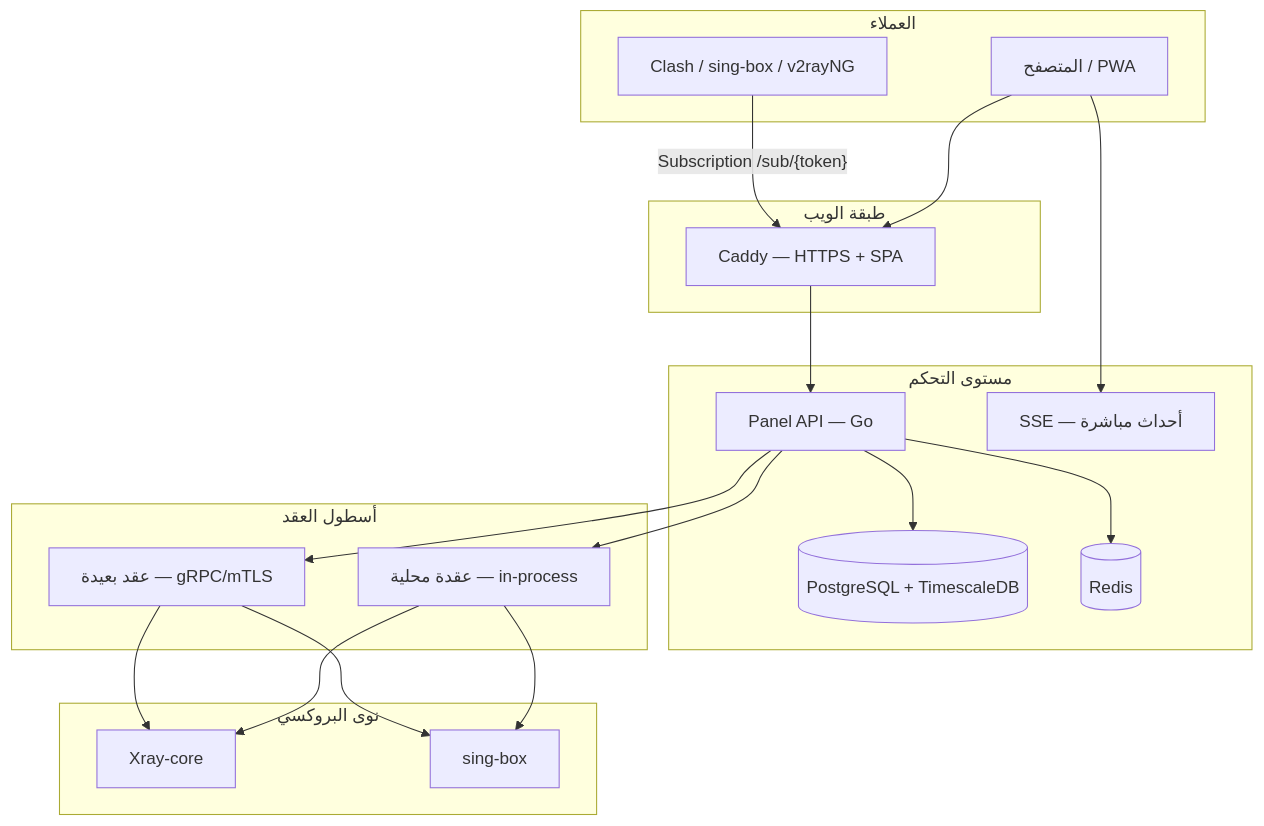
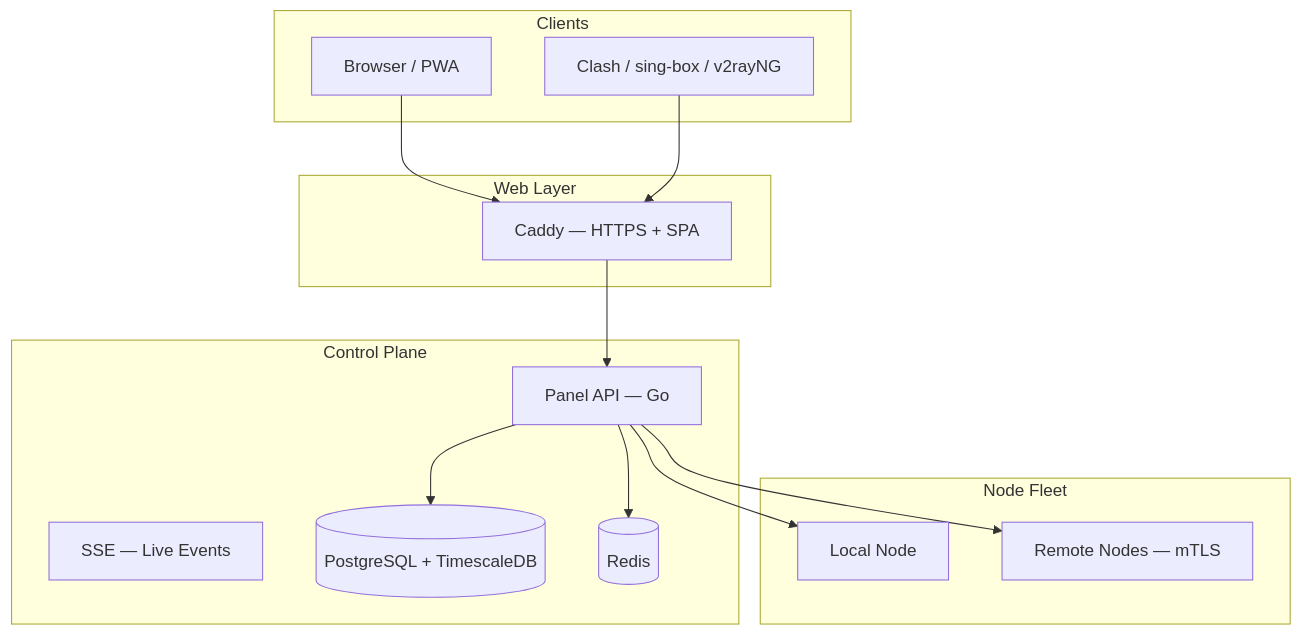
Before and after one commit to iPmartNetwork/VortexUI: the diagram in docs/wiki/ar/README.md, drawn with Mermaid. The commit also changed other lines of this file and 66 other files, not shown here.

````diff
--- a/docs/wiki/ar/README.md
+++ b/docs/wiki/ar/README.md
@@ -26,41 +14,27 @@
 ```mermaid
 flowchart TB
-    subgraph Client["العملاء"]
-        Browser["المتصفح / PWA"]
+    subgraph Client["Clients"]
+        Browser["Browser / PWA"]
         ProxyApp["Clash / sing-box / v2rayNG"]
     end
-
-    subgraph Web["طبقة الويب"]
+    subgraph Web["Web Layer"]
         Caddy["Caddy — HTTPS + SPA"]
     end
-
-    subgraph Panel["مستوى التحكم"]
+    subgraph Panel["Control Plane"]
         API["Panel API — Go"]
-        SSE["SSE — أحداث مباشرة"]
+        SSE["SSE — Live Events"]
         DB[(PostgreSQL + TimescaleDB)]
         Redis[(Redis)]
     end
-
-    subgraph Nodes["أسطول العقد"]
-        Local["عقدة محلية — in-process"]
-        Remote["عقد بعيدة — gRPC/mTLS"]
+    subgraph Nodes["Node Fleet"]
+        Local["Local Node"]
+        Remote["Remote Nodes — mTLS"]
     end
-
-    subgraph Core["نوى البروكسي"]
-        Xray["Xray-core"]
-        SingBox["sing-box"]
-    end
-
     Browser --> Caddy
-    ProxyApp -->|"Subscription /sub/{token}"| Caddy
+    ProxyApp --> Caddy
     Caddy --> API
-    Browser --> SSE
     API --> DB
     API --> Redis
     API --> Local
     API --> Remote
-    Local --> Xray
-    Local --> SingBox
-    Remote --> Xray
-    Remote --> SingBox
 ```
````
